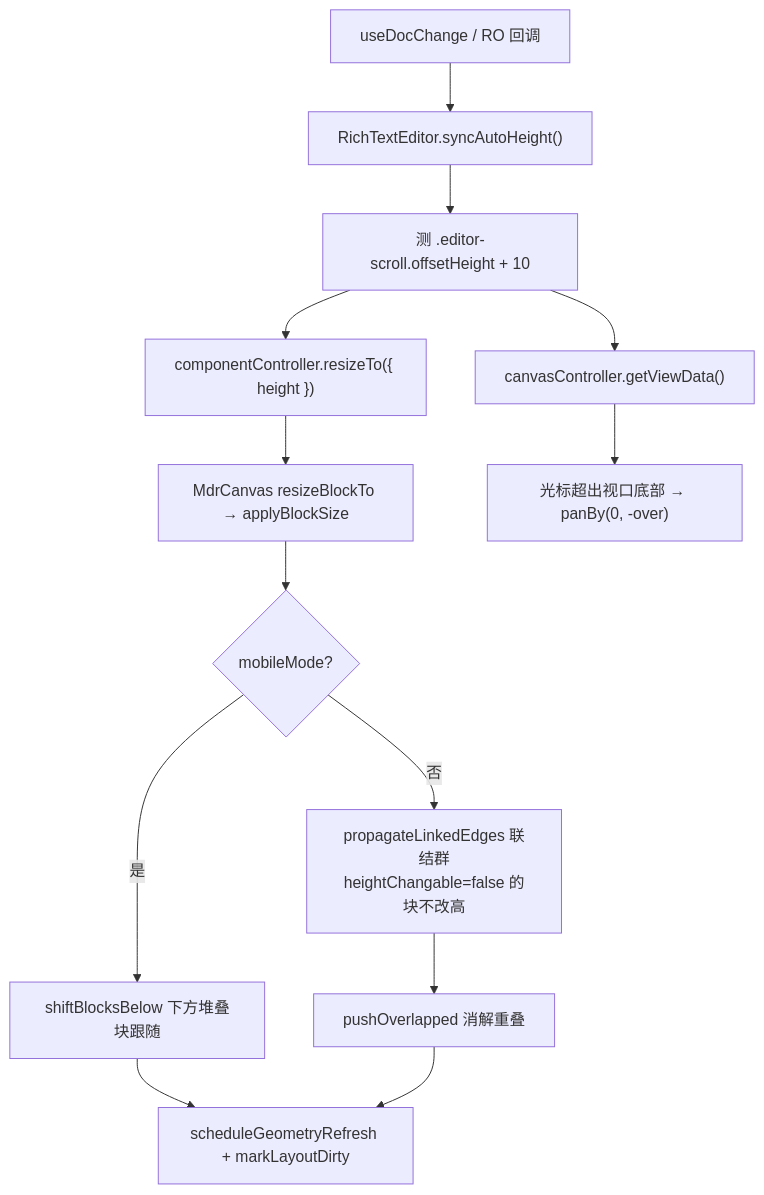
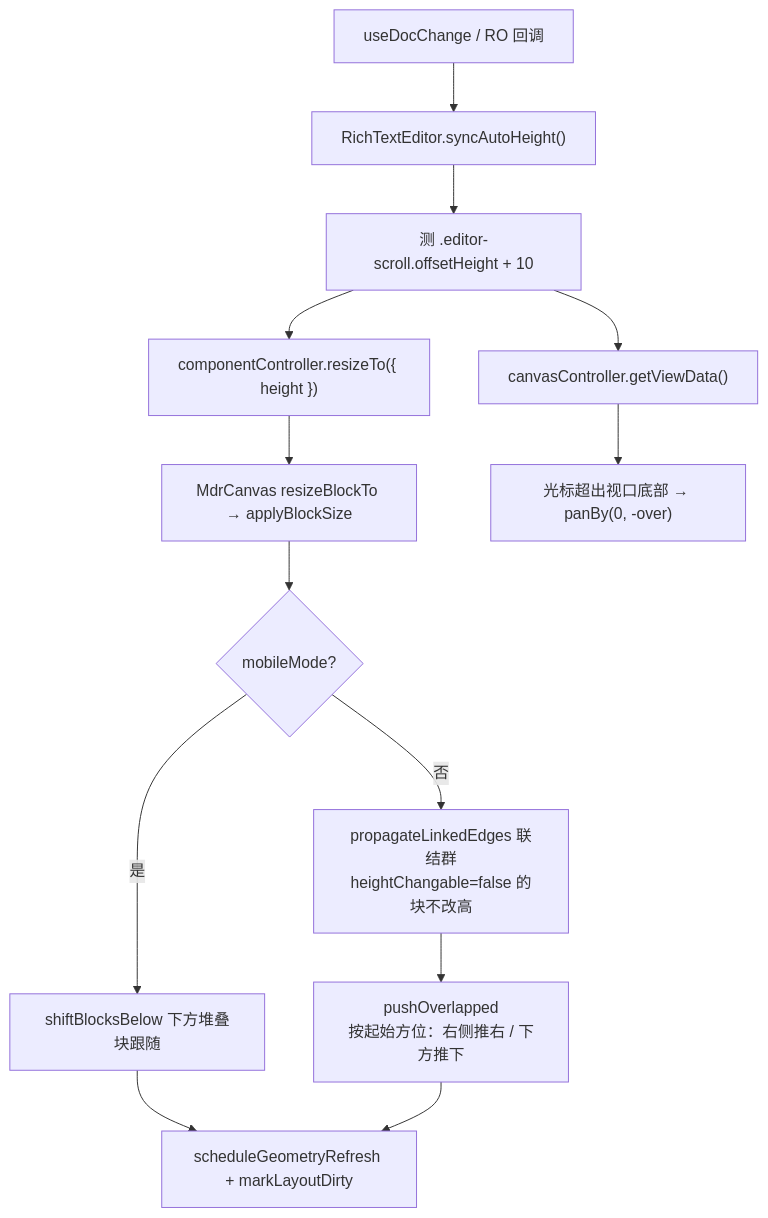
Before and after one commit to LogicAurora/Mindrizzle: the fifth of 5 diagrams in src/docs/flow/05-block-lifecycle.md, drawn with Mermaid. The commit also changed other lines of this file and 2 other files, not shown here.

Commit message:
fix:宽度和高度改变时计算逻辑不一致

````diff
--- a/src/docs/flow/05-block-lifecycle.md
+++ b/src/docs/flow/05-block-lifecycle.md
@@ -85,15 +85,15 @@
 ```mermaid
 flowchart TD
   A["useDocChange / RO 回调"] --> B["RichTextEditor.syncAutoHeight()"]
   B --> C["测 .editor-scroll.offsetHeight + 10"]
   C --> D["componentController.resizeTo({ height })"]
   D --> E["MdrCanvas resizeBlockTo → applyBlockSize"]
   E --> F{"mobileMode?"}
   F -->|是| G["shiftBlocksBelow 下方堆叠块跟随"]
   F -->|否| H["propagateLinkedEdges 联结群<br/>heightChangable=false 的块不改高"]
-  H --> I["pushOverlapped 消解重叠"]
+  H --> I["pushOverlapped<br/>按起始方位：右侧推右 / 下方推下"]
   G --> J["scheduleGeometryRefresh + markLayoutDirty"]
   I --> J
   C --> K["canvasController.getViewData()"]
   K --> L["光标超出视口底部 → panBy(0, -over)"]
 ```
````
